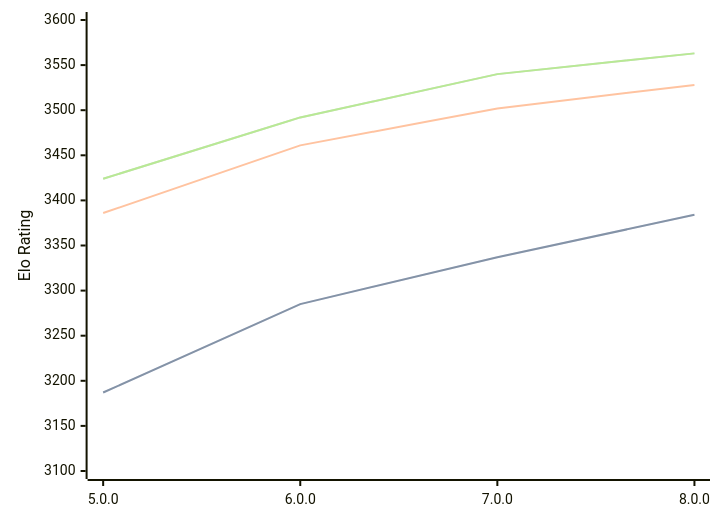
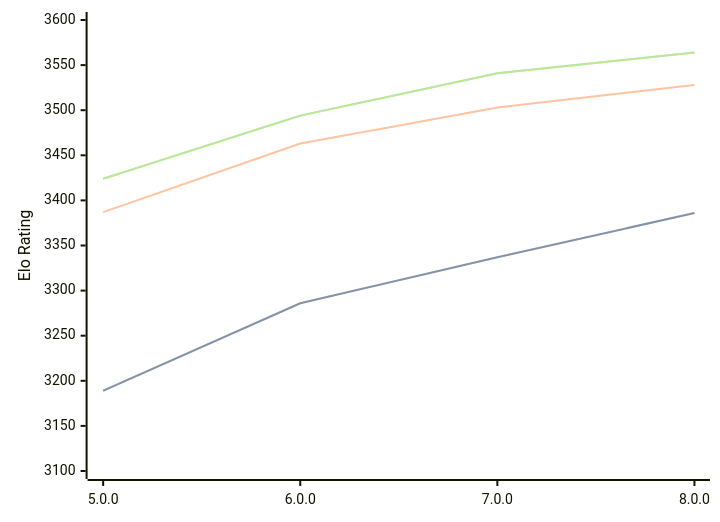
Before and after one commit to computer-chess-index/cci: the diagram in engines/Stormphrax.md, drawn with Mermaid. The commit also changed other lines of this file, not shown here.

Commit message:
Update CCI Ratings (ELO VLTC) - 2026-07-23

````diff
--- a/engines/Stormphrax.md
+++ b/engines/Stormphrax.md
@@ -39,11 +39,11 @@
 ```mermaid
 %%{init: {"theme":"base","themeVariables":{"seriesColors:['#a3a3a3','#222221','#faa371']}}}%%
 xychart-beta
   x-axis ["5.0.0", "6.0.0", "7.0.0", "8.0.0"]
   y-axis "Elo Rating" 3100 --> 3600
-  line "STC (8.0+0.08s)" [3187, 3285, 3337, 3384]
-  line "STC (8.0+0.08s)" [3187, 3285, 3337, 3384]
-  line "LTC (60.0+0.60s)" [3386, 3461, 3502, 3528]
-  line "VLTC (2m24s+1.12s)" [3424, 3492, 3540, 3563]
-  line "VLTC (2m24s+1.12s)" [3424, 3492, 3540, 3563]
+  line "STC (8.0+0.08s)" [3189, 3286, 3337, 3386]
+  line "STC (8.0+0.08s)" [3189, 3286, 3337, 3386]
+  line "LTC (60.0+0.60s)" [3387, 3463, 3503, 3528]
+  line "VLTC (2m24s+1.12s)" [3424, 3494, 3541, 3564]
+  line "VLTC (2m24s+1.12s)" [3424, 3494, 3541, 3564]
 ```
````
